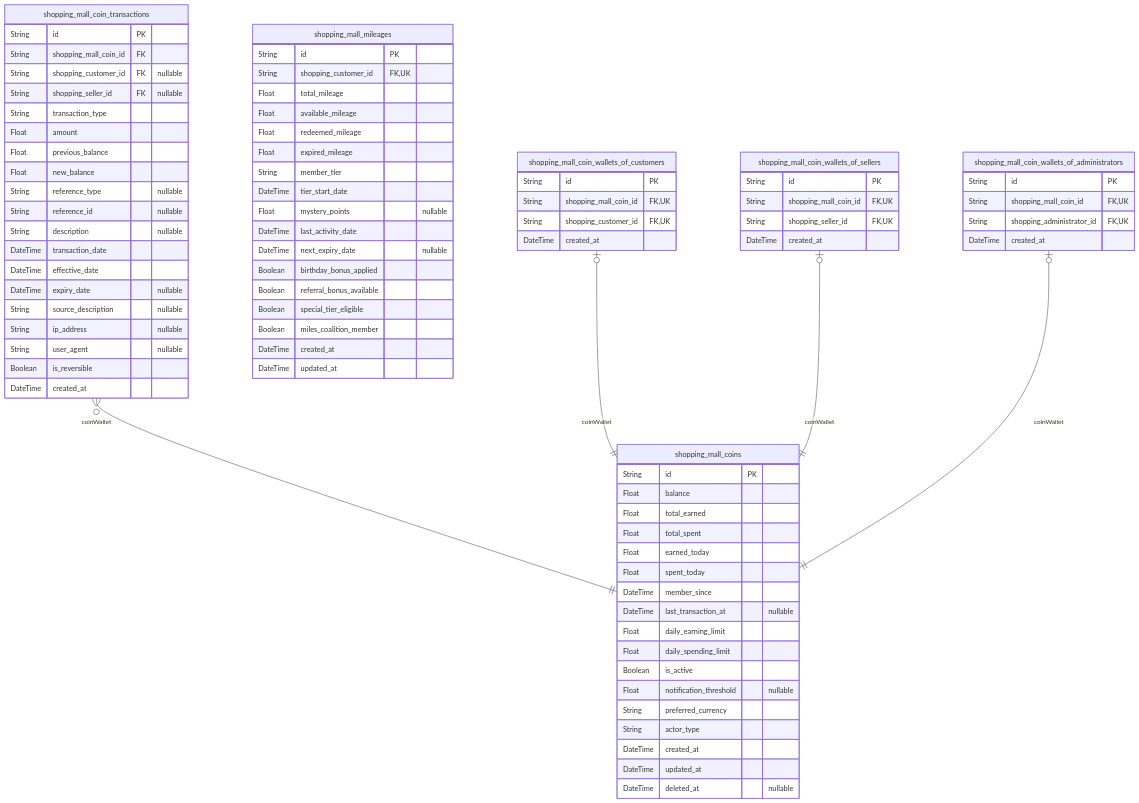
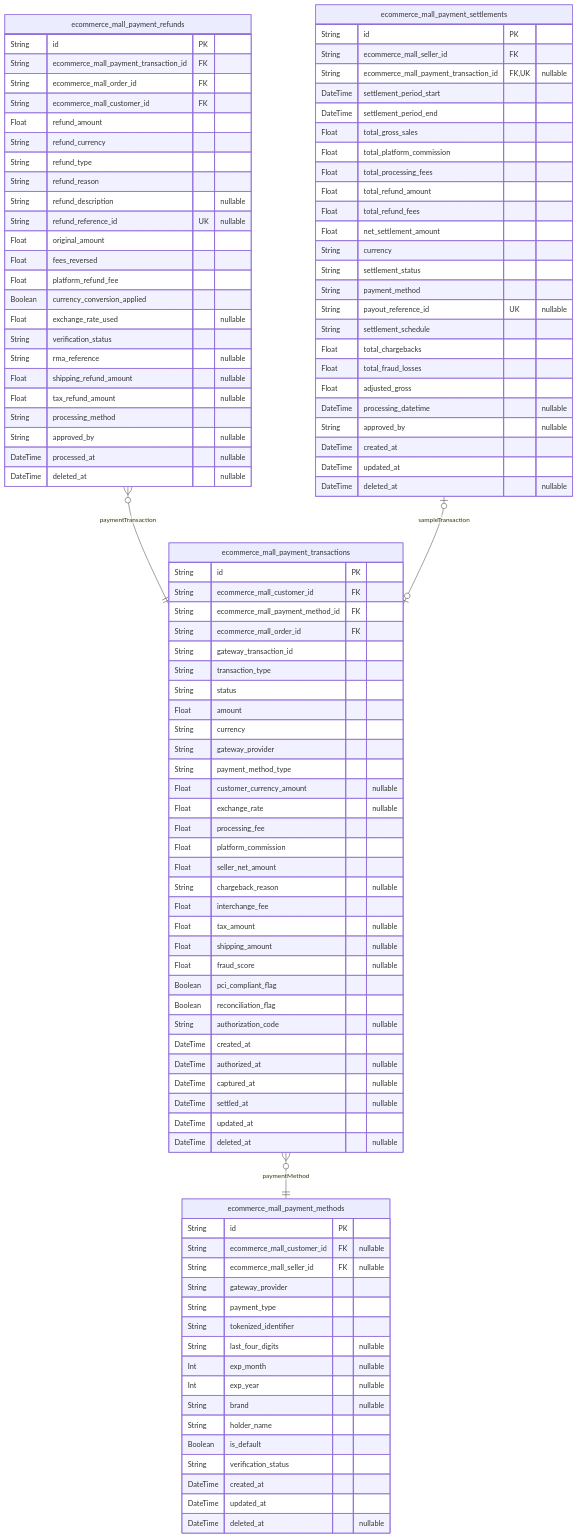
One commit to wrtnlabs/autobe-examples changed the seventh of 11 diagrams in moonshotai/kimi-k2-0905-exacto/shopping/docs/ERD.md. Above: the diagram before and after it, drawn with Mermaid. The commit also changed other lines of this file and 3761 other files, not shown here.

````diff
--- a/moonshotai/kimi-k2-0905-exacto/shopping/docs/ERD.md
+++ b/moonshotai/kimi-k2-0905-exacto/shopping/docs/ERD.md
@@ -1177,84 +2037,107 @@
 ```mermaid
 erDiagram
-"shopping_mall_coins" {
+"ecommerce_mall_payment_methods" {
   String id PK
-  Float balance
-  Float total_earned
-  Float total_spent
-  Float earned_today
-  Float spent_today
-  DateTime member_since
-  DateTime last_transaction_at "nullable"
-  Float daily_earning_limit
-  Float daily_spending_limit
-  Boolean is_active
-  Float notification_threshold "nullable"
-  String preferred_currency
-  String actor_type
+  String ecommerce_mall_customer_id FK "nullable"
+  String ecommerce_mall_seller_id FK "nullable"
+  String gateway_provider
+  String payment_type
+  String tokenized_identifier
+  String last_four_digits "nullable"
+  Int exp_month "nullable"
+  Int exp_year "nullable"
+  String brand "nullable"
+  String holder_name
+  Boolean is_default
+  String verification_status
   DateTime created_at
   DateTime updated_at
   DateTime deleted_at "nullable"
 }
-"shopping_mall_coin_transactions" {
+"ecommerce_mall_payment_transactions" {
   String id PK
-  String shopping_mall_coin_id FK
-  String shopping_customer_id FK "nullable"
-  String shopping_seller_id FK "nullable"
+  String ecommerce_mall_customer_id FK
+  String ecommerce_mall_payment_method_id FK
+  String ecommerce_mall_order_id FK
+  String gateway_transaction_id
   String transaction_type
+  String status
   Float amount
-  Float previous_balance
-  Float new_balance
-  String reference_type "nullable"
-  String reference_id "nullable"
-  String description "nullable"
-  DateTime transaction_date
-  DateTime effective_date
-  DateTime expiry_date "nullable"
-  String source_description "nullable"
-  String ip_address "nullable"
-  String user_agent "nullable"
-  Boolean is_reversible
+  String currency
+  String gateway_provider
+  String payment_method_type
+  Float customer_currency_amount "nullable"
+  Float exchange_rate "nullable"
+  Float processing_fee
+  Float platform_commission
+  Float seller_net_amount
+  String chargeback_reason "nullable"
+  Float interchange_fee
+  Float tax_amount "nullable"
+  Float shipping_amount "nullable"
+  Float fraud_score "nullable"
+  Boolean pci_compliant_flag
+  Boolean reconciliation_flag
+  String authorization_code "nullable"
   DateTime created_at
+  DateTime authorized_at "nullable"
+  DateTime captured_at "nullable"
+  DateTime settled_at "nullable"
+  DateTime updated_at
+  DateTime deleted_at "nullable"
 }
-"shopping_mall_mileages" {
+"ecommerce_mall_payment_refunds" {
   String id PK
-  String shopping_customer_id FK,UK
-  Float total_mileage
-  Float available_mileage
-  Float redeemed_mileage
-  Float expired_mileage
-  String member_tier
-  DateTime tier_start_date
-  Float mystery_points "nullable"
-  DateTime last_activity_date
-  DateTime next_expiry_date "nullable"
-  Boolean birthday_bonus_applied
-  Boolean referral_bonus_available
-  Boolean special_tier_eligible
-  Boolean miles_coalition_member
+  String ecommerce_mall_payment_transaction_id FK
+  String ecommerce_mall_order_id FK
+  String ecommerce_mall_customer_id FK
+  Float refund_amount
+  String refund_currency
+  String refund_type
+  String refund_reason
+  String refund_description "nullable"
+  String refund_reference_id UK "nullable"
+  Float original_amount
+  Float fees_reversed
+  Float platform_refund_fee
+  Boolean currency_conversion_applied
+  Float exchange_rate_used "nullable"
+  String verification_status
+  String rma_reference "nullable"
+  Float shipping_refund_amount "nullable"
+  Float tax_refund_amount "nullable"
+  String processing_method
+  String approved_by "nullable"
+  DateTime processed_at "nullable"
+  DateTime deleted_at "nullable"
+}
+"ecommerce_mall_payment_settlements" {
+  String id PK
+  String ecommerce_mall_seller_id FK
+  String ecommerce_mall_payment_transaction_id FK,UK "nullable"
+  DateTime settlement_period_start
+  DateTime settlement_period_end
+  Float total_gross_sales
+  Float total_platform_commission
+  Float total_processing_fees
+  Float total_refund_amount
+  Float total_refund_fees
+  Float net_settlement_amount
+  String currency
+  String settlement_status
+  String payment_method
+  String payout_reference_id UK "nullable"
+  String settlement_schedule
+  Float total_chargebacks
+  Float total_fraud_losses
+  Float adjusted_gross
+  DateTime processing_datetime "nullable"
+  String approved_by "nullable"
   DateTime created_at
   DateTime updated_at
+  DateTime deleted_at "nullable"
 }
-"shopping_mall_coin_wallets_of_customers" {
-  String id PK
-  String shopping_mall_coin_id FK,UK
-  String shopping_customer_id FK,UK
-  DateTime created_at
-}
-"shopping_mall_coin_wallets_of_sellers" {
-  String id PK
-  String shopping_mall_coin_id FK,UK
-  String shopping_seller_id FK,UK
-  DateTime created_at
-}
-"shopping_mall_coin_wallets_of_administrators" {
-  String id PK
-  String shopping_mall_coin_id FK,UK
-  String shopping_administrator_id FK,UK
-  DateTime created_at
-}
-"shopping_mall_coin_transactions" }o--|| "shopping_mall_coins" : coinWallet
-"shopping_mall_coin_wallets_of_customers" |o--|| "shopping_mall_coins" : coinWallet
-"shopping_mall_coin_wallets_of_sellers" |o--|| "shopping_mall_coins" : coinWallet
-"shopping_mall_coin_wallets_of_administrators" |o--|| "shopping_mall_coins" : coinWallet
+"ecommerce_mall_payment_transactions" }o--|| "ecommerce_mall_payment_methods" : paymentMethod
+"ecommerce_mall_payment_refunds" }o--|| "ecommerce_mall_payment_transactions" : paymentTransaction
+"ecommerce_mall_payment_settlements" |o--o| "ecommerce_mall_payment_transactions" : sampleTransaction
 ```
````
